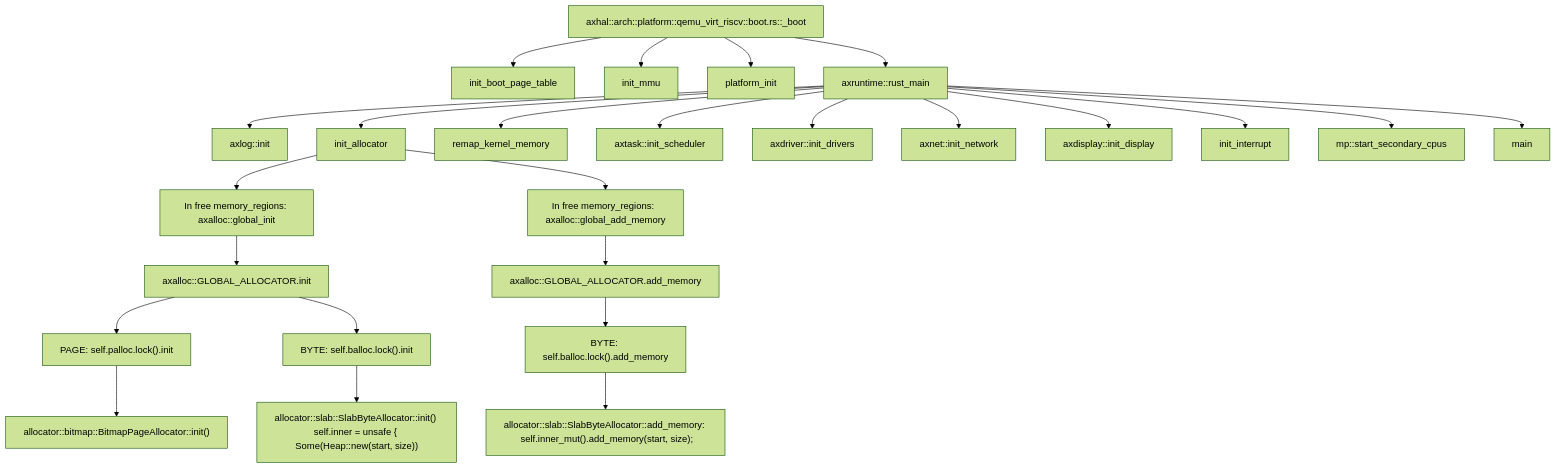
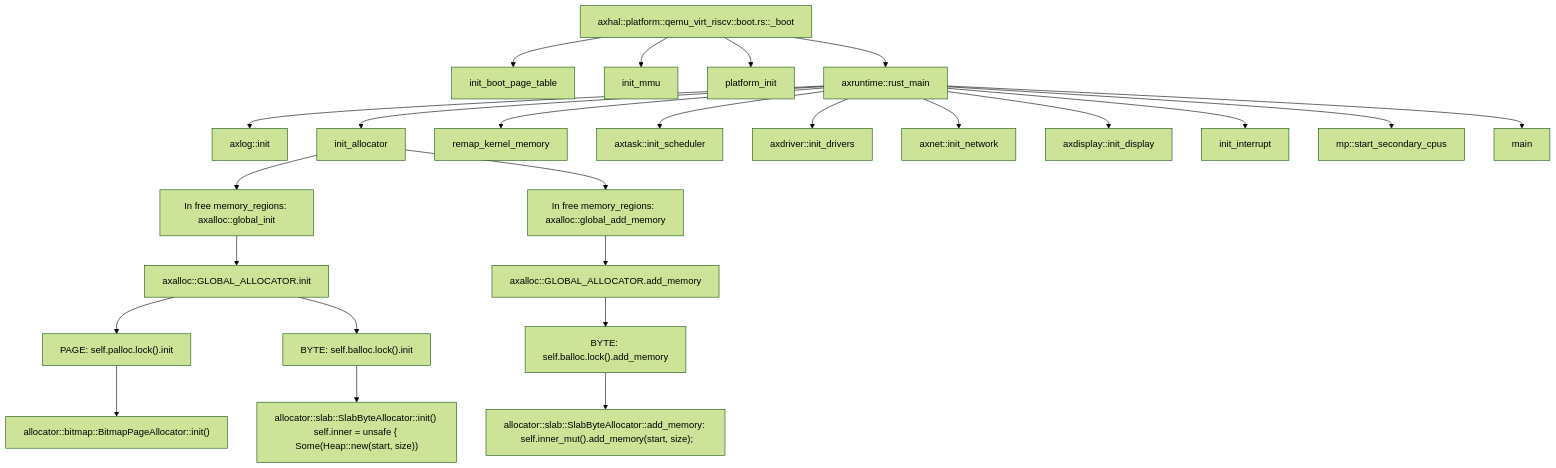
One commit to Starry-OS/Starry changed the diagram in init.md. Above: the diagram before and after it, drawn with Mermaid (forest theme).

````diff
--- a/init.md
+++ b/init.md
@@ -1,27 +1,27 @@
 ```mermaid
 graph TD;
-    A[axhal::arch::platform::qemu_virt_riscv::boot.rs::_boot] --> init_boot_page_table;
+    A[axhal::platform::qemu_virt_riscv::boot.rs::_boot] --> init_boot_page_table;
     A --> init_mmu;
     A --> platform_init;
     A --> B[axruntime::rust_main];
     B --> axlog::init;
     B --> D[init_allocator];
     B --> remap_kernel_memory;
     B --> axtask::init_scheduler;
     B --> axdriver::init_drivers;
     B --> axnet::init_network;
     B --> axdisplay::init_display;
     B --> init_interrupt;
     B --> mp::start_secondary_cpus;
     B --> C[main];
     D --> E["In free memory_regions: axalloc::global_init"];
     D --> F["In free memory_regions:  axalloc::global_add_memory"];
     E --> G[axalloc::GLOBAL_ALLOCATOR.init];
     F --> H[axalloc::GLOBAL_ALLOCATOR.add_memory];
     G --> I["PAGE: self.palloc.lock().init"];
     G --> J["BYTE: self.balloc.lock().init"];
     H --> K["BYTE: self.balloc.lock().add_memory"];
     I --> M["allocator::bitmap::BitmapPageAllocator::init()"];
     J -->L["allocator::slab::SlabByteAllocator::init() self.inner = unsafe { Some(Heap::new(start, size))"];
     K --> N["allocator::slab::SlabByteAllocator::add_memory:  self.inner_mut().add_memory(start, size);"];
 ```
````
